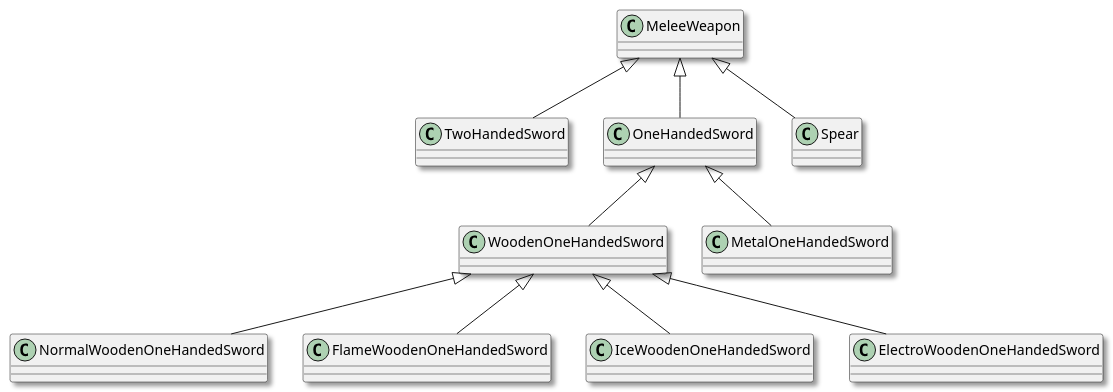
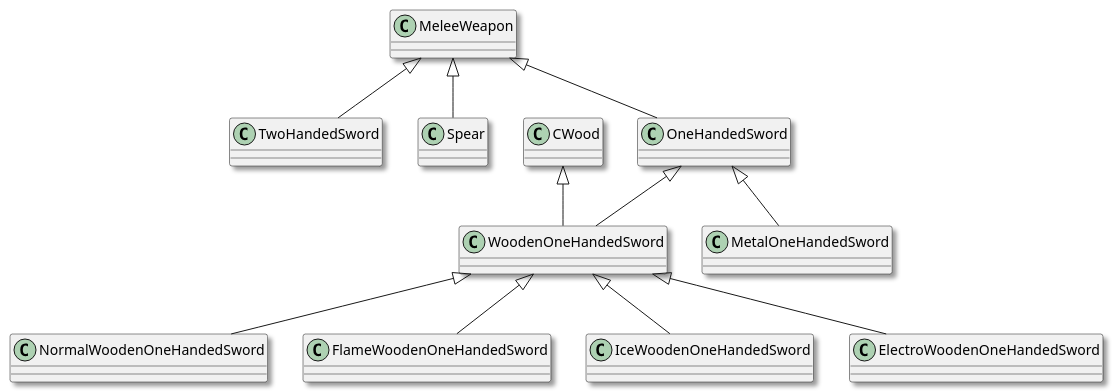
Before and after one commit to tingyunaiai9/The-Journey-of-Wizard: the diagram in doc/one_handed_sword.pu, drawn with PlantUML. The commit also changed 25 other files, not shown here.

```diff
--- a/doc/one_handed_sword.pu
+++ b/doc/one_handed_sword.pu
@@ -1,25 +1,22 @@
 @startuml
 
 skinparam shadowing true
 
 class MeleeWeapon {
 }
 
 MeleeWeapon <|-- TwoHandedSword
+MeleeWeapon <|-- Spear
 MeleeWeapon <|-- OneHandedSword
-MeleeWeapon <|-- Spear
+
+CWood <|-- WoodenOneHandedSword
 
 OneHandedSword <|-- WoodenOneHandedSword
 OneHandedSword <|-- MetalOneHandedSword
 
 WoodenOneHandedSword <|-- NormalWoodenOneHandedSword
 WoodenOneHandedSword <|-- FlameWoodenOneHandedSword
 WoodenOneHandedSword <|-- IceWoodenOneHandedSword
 WoodenOneHandedSword <|-- ElectroWoodenOneHandedSword
 
-' MetalOneHandedSword <|-- NormalMetalOneHandedSword
-' MetalOneHandedSword <|-- FlameMetalOneHandedSword
-' MetalOneHandedSword <|-- IceMetalOneHandedSword
-' MetalOneHandedSword <|-- ElectroMetalOneHandedSword
-
 @enduml
```
